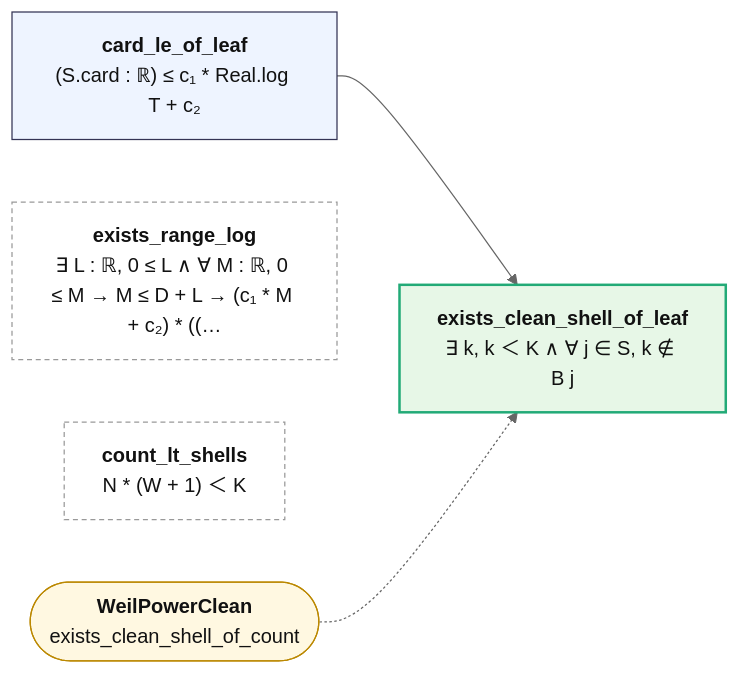
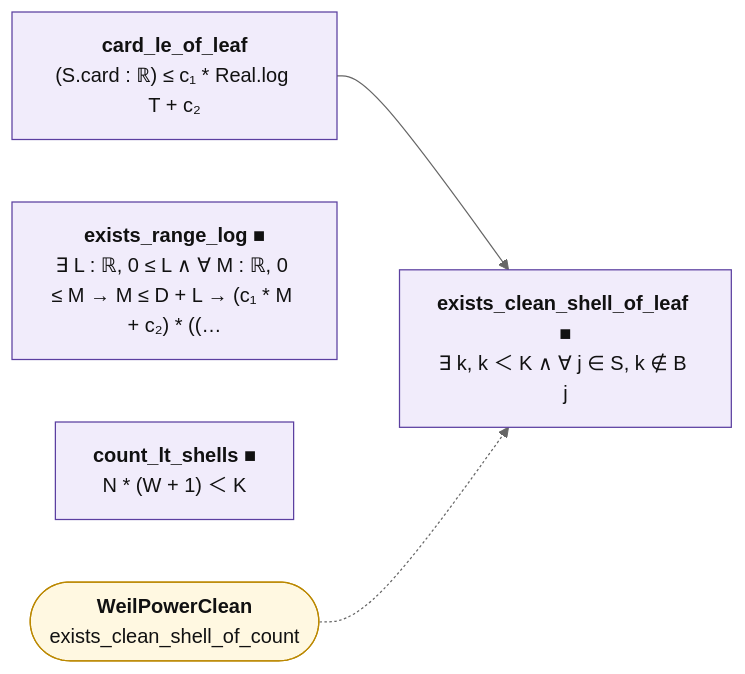
The diagram in map/lean_stage3/WeilPowerCount.md (juliansambranojr/Primebeat_081426), drawn with Mermaid (neutral theme) before and after one commit. The commit also changed other lines of this file and 398 other files, not shown here.

````diff
--- a/map/lean_stage3/WeilPowerCount.md
+++ b/map/lean_stage3/WeilPowerCount.md
@@ -12,15 +12,18 @@
 ```mermaid
 flowchart LR
-  n0["<b>card_le_of_leaf</b><br/>(S.card : ℝ) ≤ c₁ * Real.log T + c₂"]:::thm
-  n1["<b>exists_range_log</b><br/>∃ L : ℝ, 0 ≤ L ∧ ∀ M : ℝ, 0 ≤ M → M ≤ D + L → (c₁ * M + c₂) * ((…"]:::lone
-  n2["<b>count_lt_shells</b><br/>N * (W + 1) ＜ K"]:::lone
-  n3["<b>exists_clean_shell_of_leaf</b><br/>∃ k, k ＜ K ∧ ∀ j ∈ S, k ∉ B j"]:::end_
+  n0["<b>card_le_of_leaf</b><br/>(S.card : ℝ) ≤ c₁ * Real.log T + c₂"]:::shp
+  n1["<b>exists_range_log ■</b><br/>∃ L : ℝ, 0 ≤ L ∧ ∀ M : ℝ, 0 ≤ M → M ≤ D + L → (c₁ * M + c₂) * ((…"]:::shp
+  n2["<b>count_lt_shells ■</b><br/>N * (W + 1) ＜ K"]:::shp
+  n3["<b>exists_clean_shell_of_leaf ■</b><br/>∃ k, k ＜ K ∧ ∀ j ∈ S, k ∉ B j"]:::shp
   x0(["<b>WeilPowerClean</b><br/>exists_clean_shell_of_count"]):::ext
   n0 --> n3
   x0 -.-> n3
+  classDef cnt fill:#dff5ec,stroke:#17694a,color:#111
+  classDef shp fill:#f1ecfb,stroke:#5b3fa0,color:#111
+  classDef rh fill:#ffe5e5,stroke:#c22,color:#111,stroke-width:2px
   classDef thm fill:#eef4ff,stroke:#335,color:#111
   classDef end_ fill:#e7f7e7,stroke:#2a7,color:#111,stroke-width:2px
   classDef lone fill:#fff,stroke:#999,color:#111,stroke-dasharray:4 3
   classDef bad fill:#ffe5e5,stroke:#c22,color:#111,stroke-width:2px
   classDef ext fill:#fff8e1,stroke:#b80,color:#111
 ```
````
